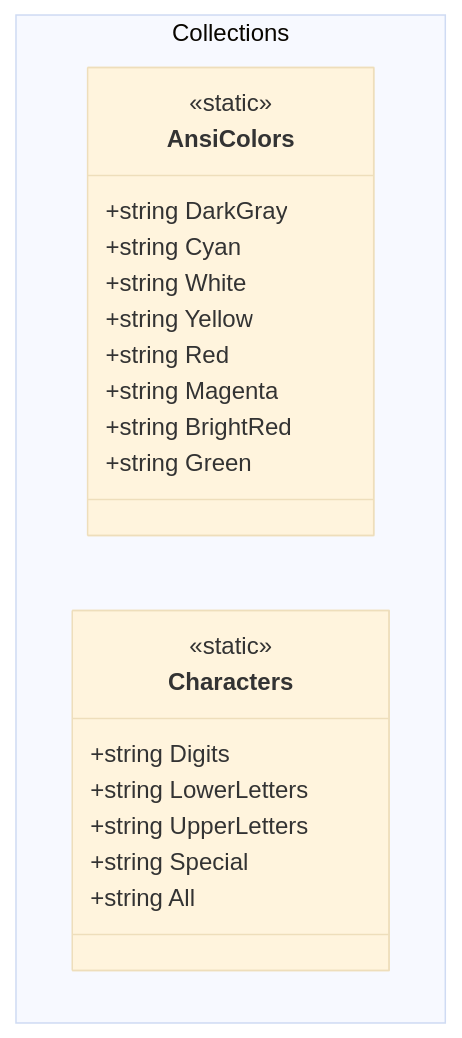
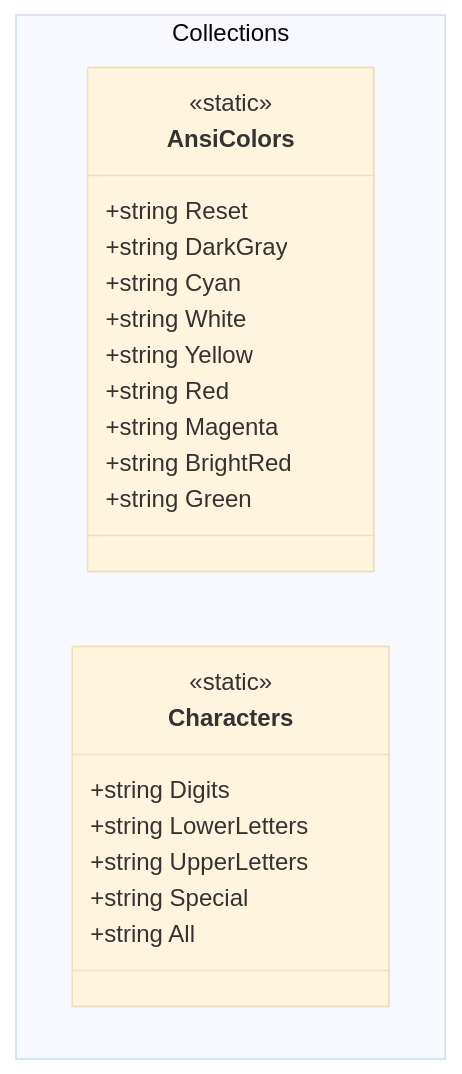
Before and after one commit to artur-rios/dotnet-util: the diagram in docs/content/en/docs/collections.md, drawn with Mermaid (base theme). The commit also changed other lines of this file and 37 other files, not shown here.

````diff
--- a/docs/content/en/docs/collections.md
+++ b/docs/content/en/docs/collections.md
@@ -15,24 +15,25 @@
 ```mermaid
 classDiagram
     namespace Collections {
         class AnsiColors {
             <<static>>
+            +string Reset
             +string DarkGray
             +string Cyan
             +string White
             +string Yellow
             +string Red
             +string Magenta
             +string BrightRed
             +string Green
         }
         class Characters {
             <<static>>
             +string Digits
             +string LowerLetters
             +string UpperLetters
             +string Special
             +string All
         }
     }
 ```
````
